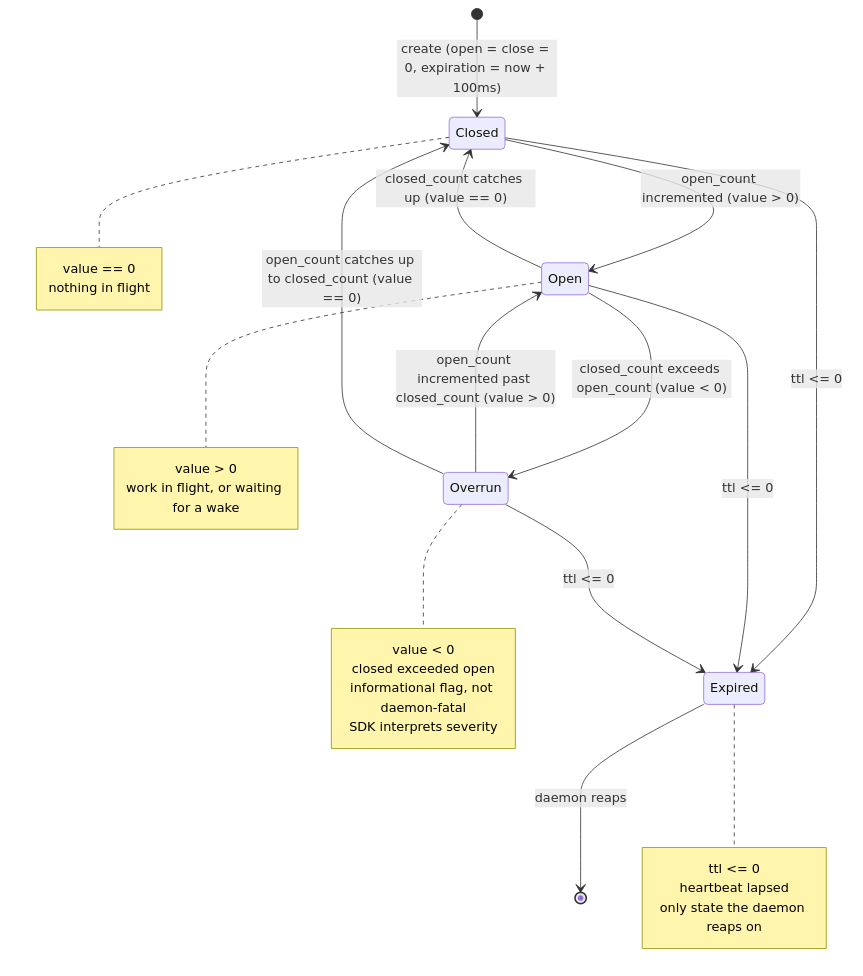
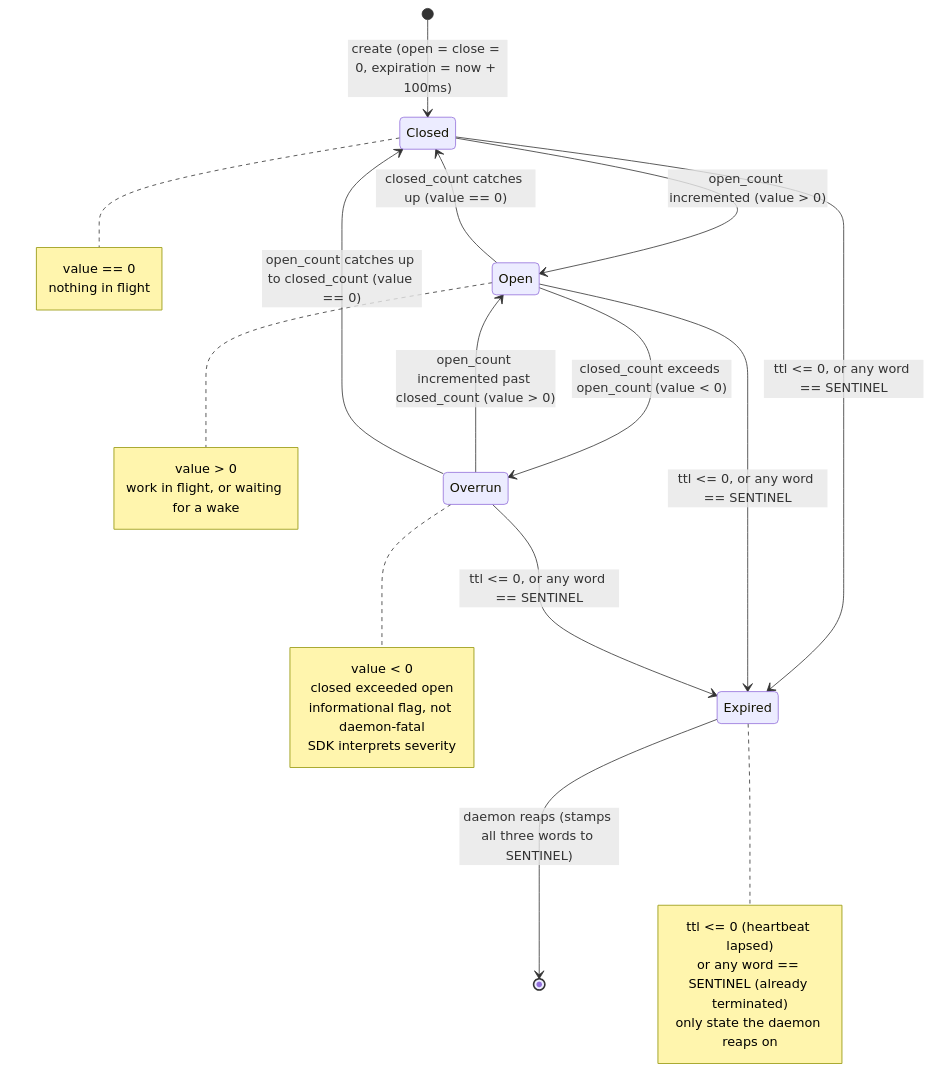
One commit to wiregrassio/abacus-rts changed the diagram in docs/design/LIFECYCLE.md. Above: the diagram before and after it, drawn with Mermaid. The commit also changed other lines of this file and 7 other files, not shown here.

````diff
--- a/docs/design/LIFECYCLE.md
+++ b/docs/design/LIFECYCLE.md
@@ -30,39 +38,39 @@
 ```mermaid
 stateDiagram-v2
     [*] --> Closed : create (open = close = 0, expiration = now + 100ms)
 
     Closed --> Open : open_count incremented (value > 0)
     Open --> Closed : closed_count catches up (value == 0)
     Open --> Overrun : closed_count exceeds open_count (value < 0)
     Overrun --> Open : open_count incremented past closed_count (value > 0)
     Overrun --> Closed : open_count catches up to closed_count (value == 0)
 
-    Closed --> Expired : ttl <= 0
-    Open --> Expired : ttl <= 0
-    Overrun --> Expired : ttl <= 0
+    Closed --> Expired : ttl <= 0, or any word == SENTINEL
+    Open --> Expired : ttl <= 0, or any word == SENTINEL
+    Overrun --> Expired : ttl <= 0, or any word == SENTINEL
 
-    Expired --> [*] : daemon reaps
+    Expired --> [*] : daemon reaps (stamps all three words to SENTINEL)
 
     note right of Closed
         value == 0
         nothing in flight
     end note
 
     note right of Open
         value > 0
         work in flight, or waiting for a wake
     end note
 
     note right of Overrun
         value < 0
         closed exceeded open
         informational flag, not daemon-fatal
         SDK interprets severity
     end note
 
     note right of Expired
-        ttl <= 0
-        heartbeat lapsed
+        ttl <= 0 (heartbeat lapsed)
+        or any word == SENTINEL (already terminated)
         only state the daemon reaps on
     end note
 ```
````
